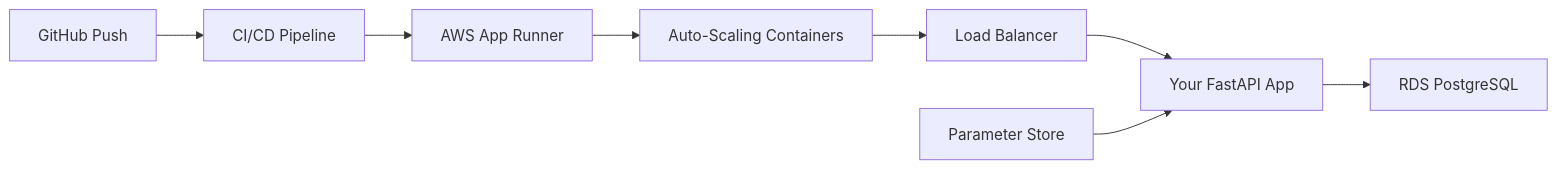
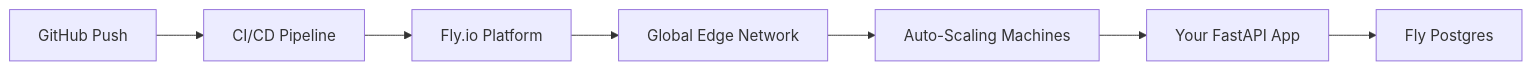
Before and after one commit to mariobrusarosco/better-call-buffet: the second of 2 diagrams in README.md, drawn with Mermaid. The commit also changed other lines of this file and 81 other files, not shown here.

First line of the commit message:
Complete AWS to Fly.io migration

````diff
--- a/README.md
+++ b/README.md
@@ -99,10 +97,9 @@
 ```mermaid
 graph LR
     A[GitHub Push] --> B[CI/CD Pipeline]
-    B --> C[AWS App Runner]
-    C --> D[Auto-Scaling Containers]
-    D --> E[Load Balancer]
+    B --> C[Fly.io Platform]
+    C --> D[Global Edge Network]
+    D --> E[Auto-Scaling Machines]
     E --> F[Your FastAPI App]
-    F --> G[RDS PostgreSQL]
-    H[Parameter Store] --> F
+    F --> G[Fly Postgres]
 ```
````
